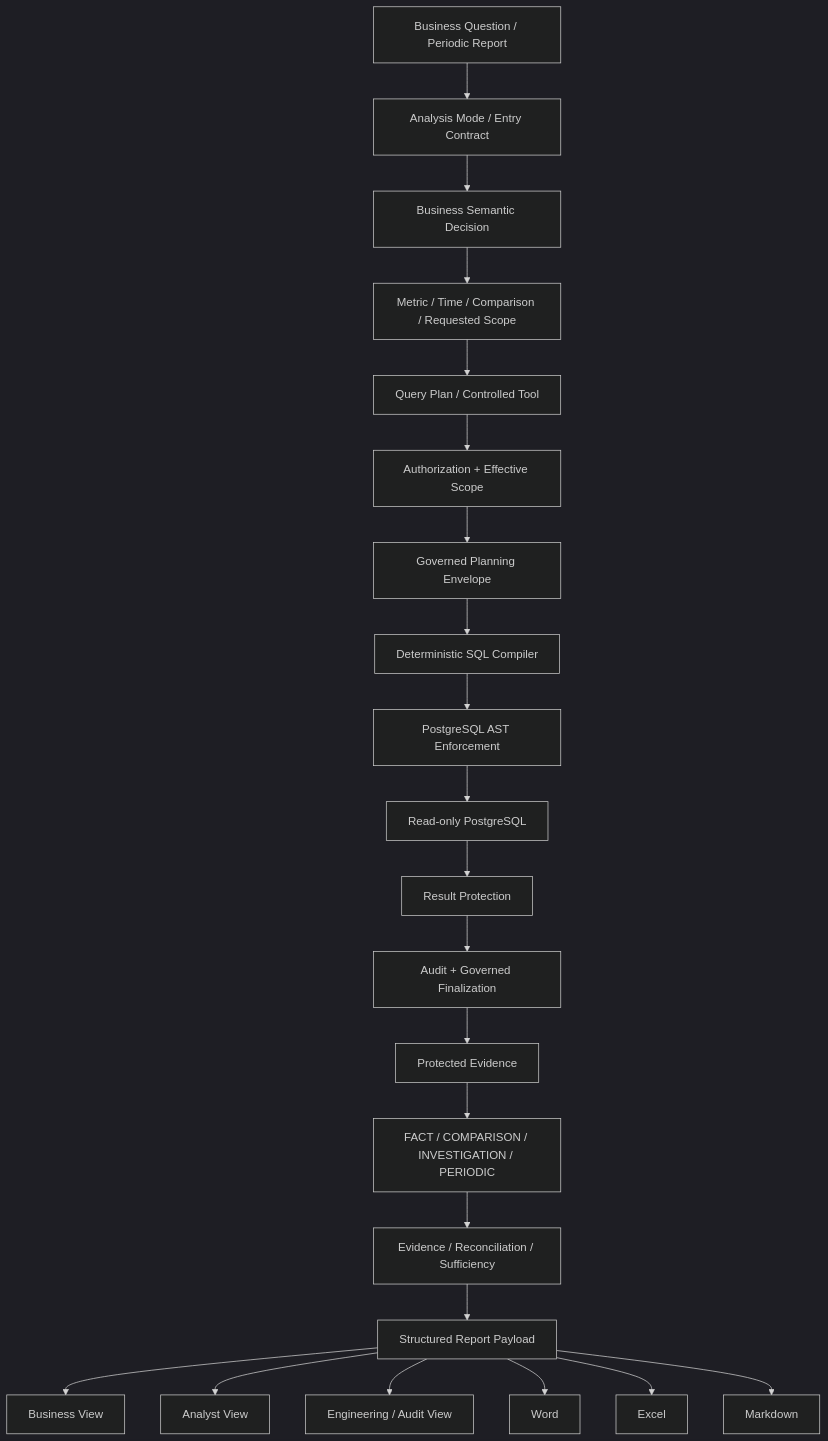
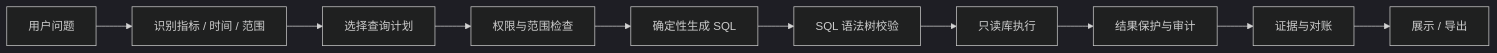
Before and after one commit to j2356681836-stack/ai-app-dev-100days: the diagram in README.md, drawn with Mermaid (dark theme). The commit also changed other lines of this file, not shown here.

Commit message:
docs: refine README for business clarity

````diff
--- a/README.md
+++ b/README.md
@@ -257,34 +41,12 @@
 ```mermaid
-flowchart TD
-    A[Business Question / Periodic Report]
-    B[Analysis Mode / Entry Contract]
-    C[Business Semantic Decision]
-    D[Metric / Time / Comparison / Requested Scope]
-    E[Query Plan / Controlled Tool]
-    F[Authorization + Effective Scope]
-    G[Governed Planning Envelope]
-    H[Deterministic SQL Compiler]
-    I[PostgreSQL AST Enforcement]
-    J[Read-only PostgreSQL]
-    K[Result Protection]
-    L[Audit + Governed Finalization]
-    M[Protected Evidence]
-    N[FACT / COMPARISON / INVESTIGATION / PERIODIC]
-    O[Evidence / Reconciliation / Sufficiency]
-    P[Structured Report Payload]
-    Q1[Business View]
-    Q2[Analyst View]
-    Q3[Engineering / Audit View]
-    R1[Word]
-    R2[Excel]
-    R3[Markdown]
-
-    A --> B --> C --> D --> E --> F --> G --> H --> I --> J --> K --> L --> M
-    M --> N --> O --> P
-    P --> Q1
-    P --> Q2
-    P --> Q3
-    P --> R1
-    P --> R2
-    P --> R3
+flowchart LR
+    A[用户问题] --> B[识别指标 / 时间 / 范围]
+    B --> C[选择查询计划]
+    C --> D[权限与范围检查]
+    D --> E[确定性生成 SQL]
+    E --> F[SQL 语法树校验]
+    F --> G[只读库执行]
+    G --> H[结果保护与审计]
+    H --> I[证据与对账]
+    I --> J[展示 / 导出]
 ```
````
